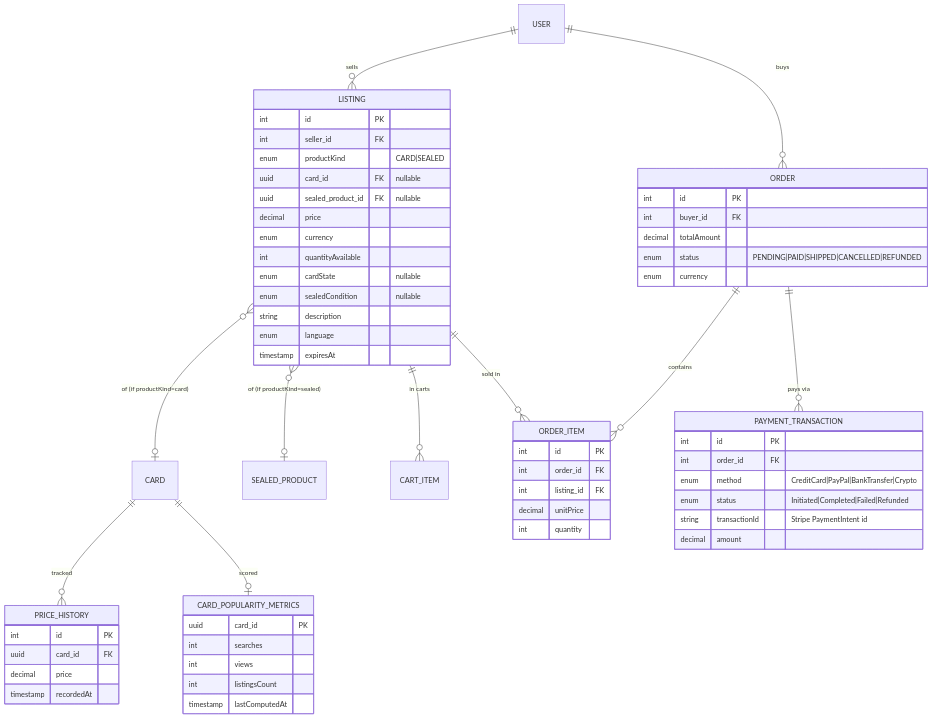
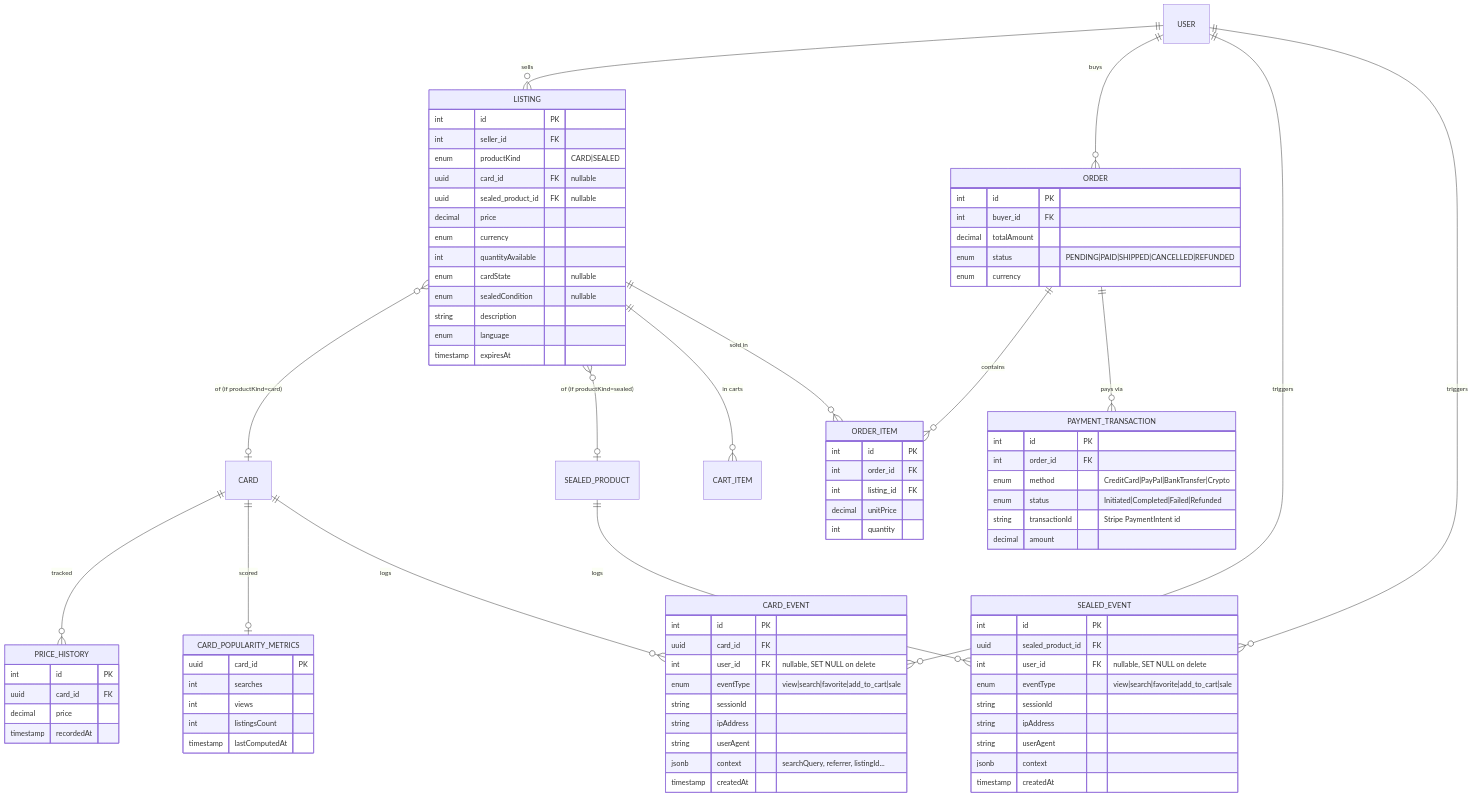
One commit to raphplt/tcg-nexus changed the third of 8 diagrams in doc/database-schema.md. Above: the diagram before and after it, drawn with Mermaid. The commit also changed other lines of this file and 8 other files, not shown here.

````diff
--- a/doc/database-schema.md
+++ b/doc/database-schema.md
@@ -143,6 +143,10 @@
 
   CARD ||--o{ PRICE_HISTORY : "tracked"
   CARD ||--o| CARD_POPULARITY_METRICS : "scored"
+  CARD ||--o{ CARD_EVENT : "logs"
+  SEALED_PRODUCT ||--o{ SEALED_EVENT : "logs"
+  USER ||--o{ CARD_EVENT : "triggers"
+  USER ||--o{ SEALED_EVENT : "triggers"
 
   LISTING {
     int id PK
@@ -199,4 +203,28 @@
     int listingsCount
     timestamp lastComputedAt
   }
+
+  CARD_EVENT {
+    int id PK
+    uuid card_id FK
+    int user_id FK "nullable, SET NULL on delete"
+    enum eventType "view|search|favorite|add_to_cart|sale"
+    string sessionId
+    string ipAddress
+    string userAgent
+    jsonb context "searchQuery, referrer, listingId..."
+    timestamp createdAt
+  }
+
+  SEALED_EVENT {
+    int id PK
+    uuid sealed_product_id FK
+    int user_id FK "nullable, SET NULL on delete"
+    enum eventType "view|search|favorite|add_to_cart|sale"
+    string sessionId
+    string ipAddress
+    string userAgent
+    jsonb context
+    timestamp createdAt
+  }
 ```
````
